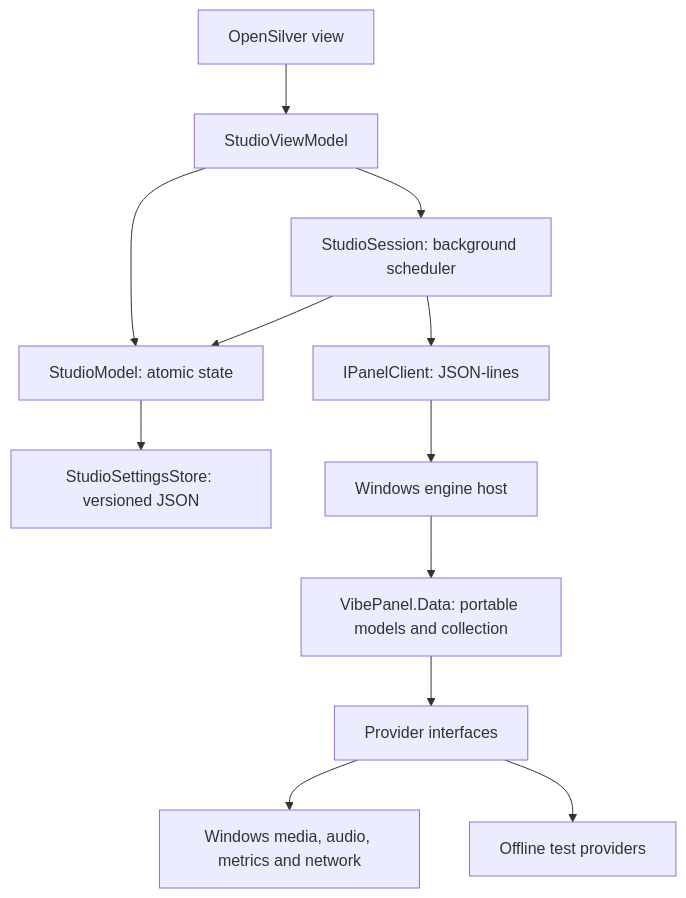
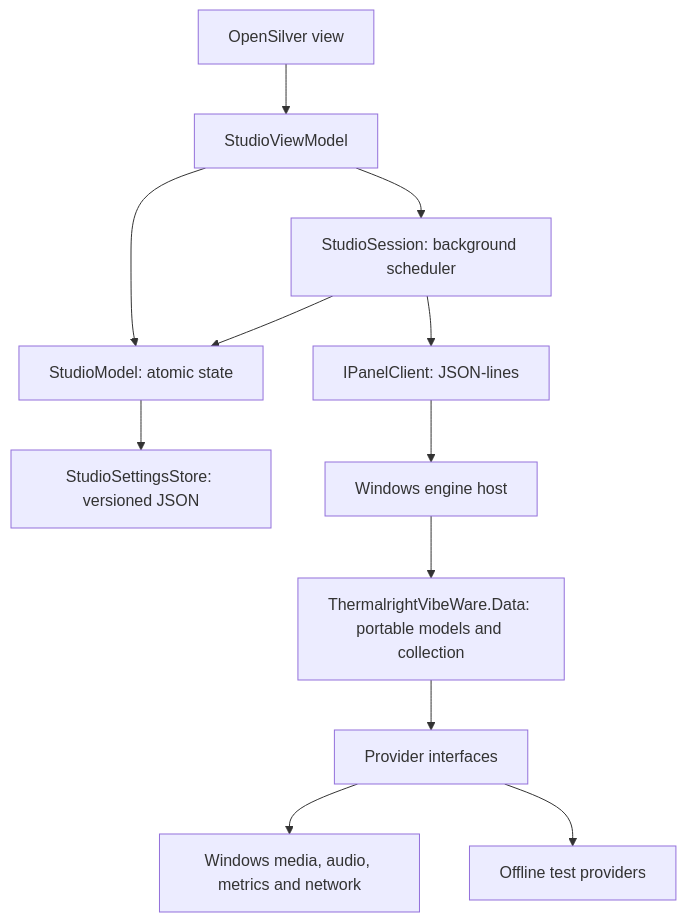
Before and after one commit to umbertotechnopreneur/VibeKit: the diagram in docs/studio-architecture.md, drawn with Mermaid. The commit also changed other lines of this file and 321 other files, not shown here.

Commit message:
Rename the display studio to Thermalright VibeWare

````diff
--- a/docs/studio-architecture.md
+++ b/docs/studio-architecture.md
@@ -5,14 +5,14 @@
 ```mermaid
 flowchart TD
     View[OpenSilver view] --> VM[StudioViewModel]
     VM --> Model[StudioModel: atomic state]
     Model --> Store[StudioSettingsStore: versioned JSON]
     Session[StudioSession: background scheduler] --> Model
     VM --> Session
     Session --> Client[IPanelClient: JSON-lines]
     Client --> Engine[Windows engine host]
-    Engine --> Data[VibePanel.Data: portable models and collection]
+    Engine --> Data[ThermalrightVibeWare.Data: portable models and collection]
     Data --> Providers[Provider interfaces]
     Providers --> Windows[Windows media, audio, metrics and network]
     Providers --> Fixtures[Offline test providers]
 ```
````
